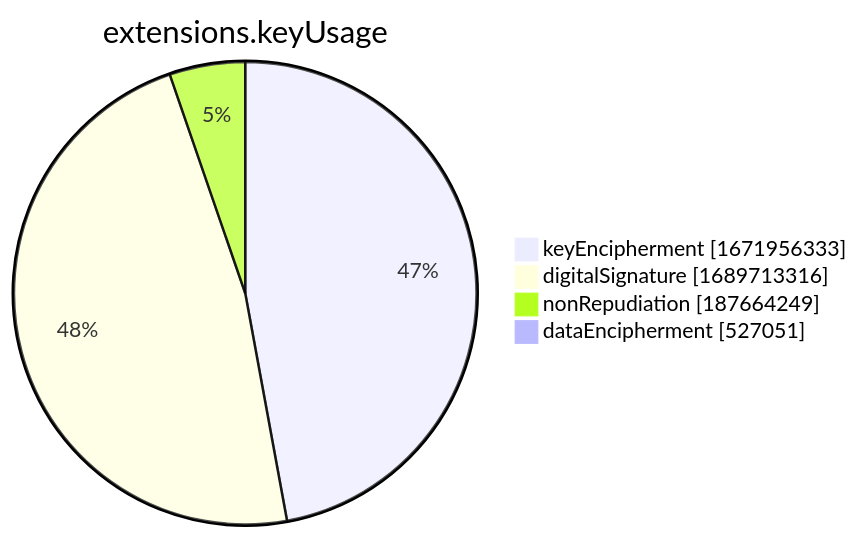
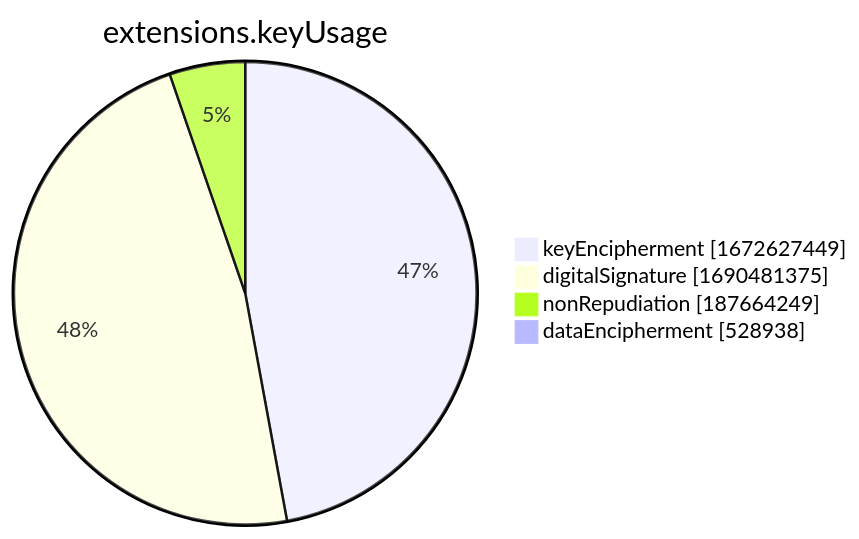
The seventh of 15 diagrams in xenon2022/README.md (christiankrug/ctmonitor_visualization), drawn with Mermaid before and after one commit. The commit also changed other lines of this file, not shown here.

````diff
--- a/xenon2022/README.md
+++ b/xenon2022/README.md
@@ -2857,8 +2857,8 @@
 ```mermaid
 pie showData
 title extensions.keyUsage
-"keyEncipherment" :1671956333
-"digitalSignature" :1689713316
+"keyEncipherment" :1672627449
+"digitalSignature" :1690481375
 "nonRepudiation" :187664249
-"dataEncipherment" :527051
+"dataEncipherment" :528938
 ```
````
